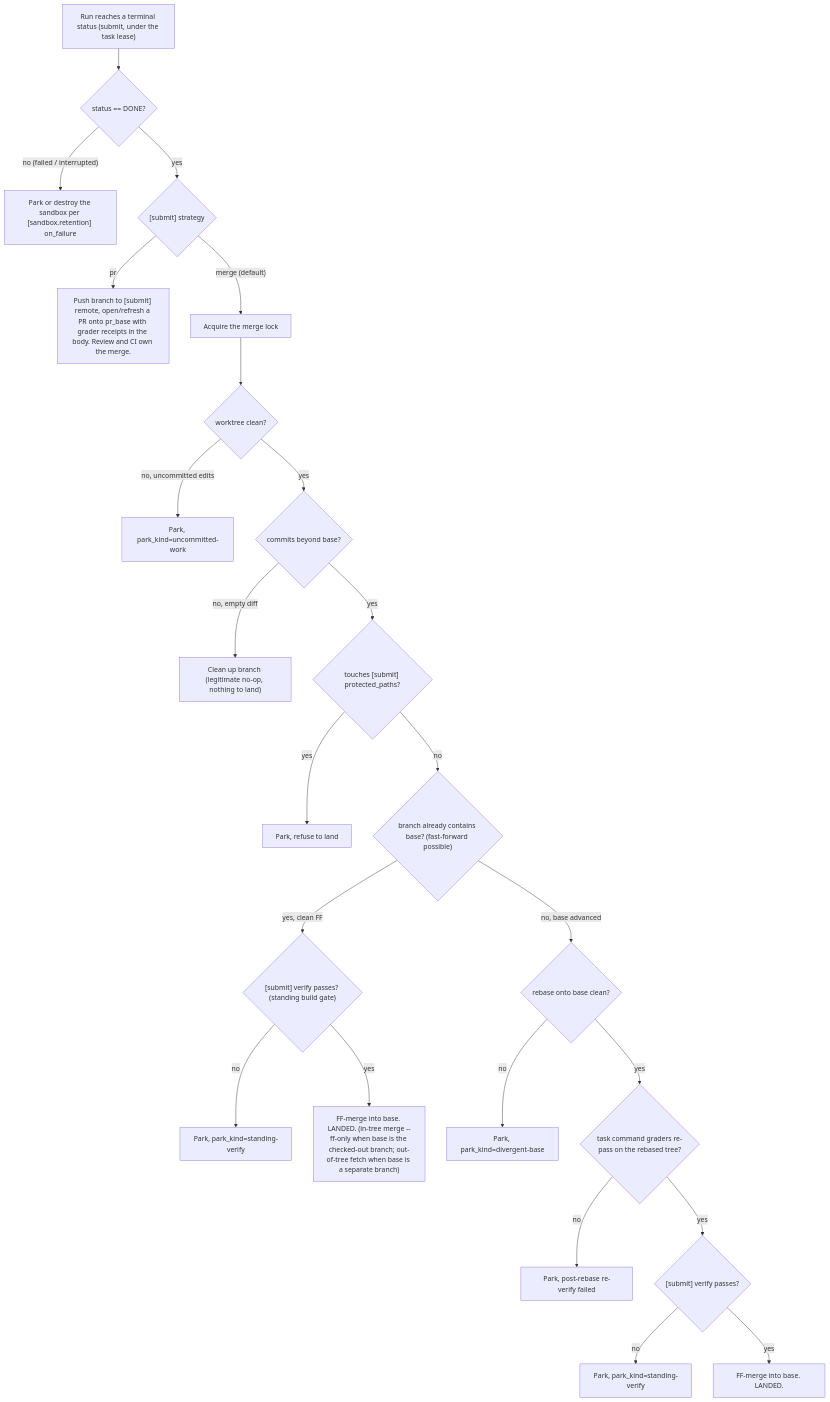
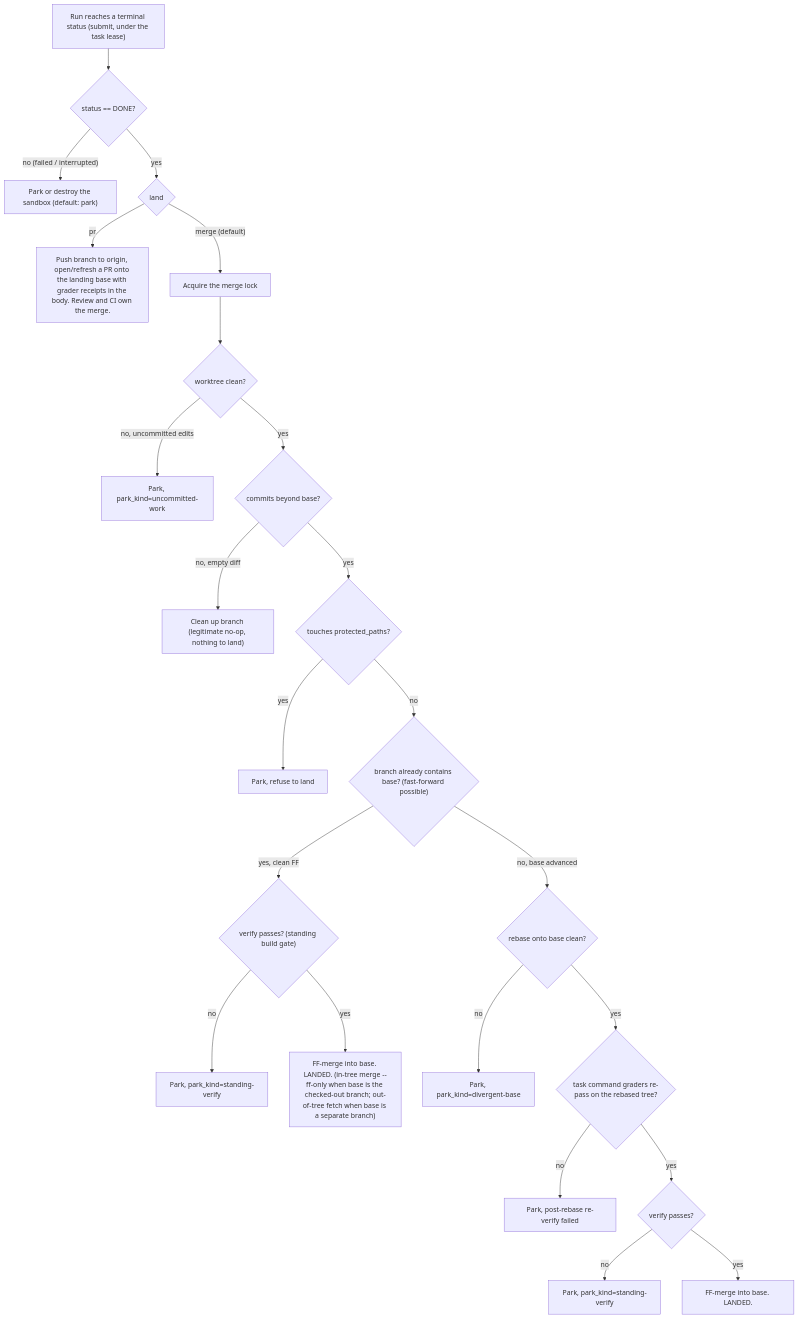
The diagram in docs/strategy.md (johnayoung/flywheel), drawn with Mermaid before and after one commit. The commit also changed other lines of this file and 19 other files, not shown here.

````diff
--- a/docs/strategy.md
+++ b/docs/strategy.md
@@ -58,29 +45,29 @@
 ```mermaid
 flowchart TD
     A["Run reaches a terminal status (submit, under the task lease)"] --> B{"status == DONE?"}
-    B -->|"no (failed / interrupted)"| P0["Park or destroy the sandbox per [sandbox.retention] on_failure"]
-    B -->|yes| S{"[submit] strategy"}
+    B -->|"no (failed / interrupted)"| P0["Park or destroy the sandbox (default: park)"]
+    B -->|yes| S{"land"}
 
-    S -->|pr| PR["Push branch to [submit] remote, open/refresh a PR onto pr_base with grader receipts in the body. Review and CI own the merge."]
+    S -->|pr| PR["Push branch to origin, open/refresh a PR onto the landing base with grader receipts in the body. Review and CI own the merge."]
 
     S -->|"merge (default)"| L["Acquire the merge lock"]
     L --> U{"worktree clean?"}
     U -->|"no, uncommitted edits"| K1["Park, park_kind=uncommitted-work"]
     U -->|yes| C{"commits beyond base?"}
     C -->|"no, empty diff"| CL["Clean up branch (legitimate no-op, nothing to land)"]
-    C -->|yes| PP{"touches [submit] protected_paths?"}
+    C -->|yes| PP{"touches protected_paths?"}
     PP -->|yes| K2["Park, refuse to land"]
     PP -->|no| FF{"branch already contains base? (fast-forward possible)"}
 
-    FF -->|"yes, clean FF"| V1{"[submit] verify passes? (standing build gate)"}
+    FF -->|"yes, clean FF"| V1{"verify passes? (standing build gate)"}
     V1 -->|no| K3["Park, park_kind=standing-verify"]
     V1 -->|yes| M1["FF-merge into base. LANDED. (in-tree merge --ff-only when base is the checked-out branch; out-of-tree fetch when base is a separate branch)"]
 
     FF -->|"no, base advanced"| RB{"rebase onto base clean?"}
     RB -->|no| K4["Park, park_kind=divergent-base"]
     RB -->|yes| RV{"task command graders re-pass on the rebased tree?"}
     RV -->|no| K5["Park, post-rebase re-verify failed"]
-    RV -->|yes| V2{"[submit] verify passes?"}
+    RV -->|yes| V2{"verify passes?"}
     V2 -->|no| K6["Park, park_kind=standing-verify"]
     V2 -->|yes| M2["FF-merge into base. LANDED."]
 ```
````
